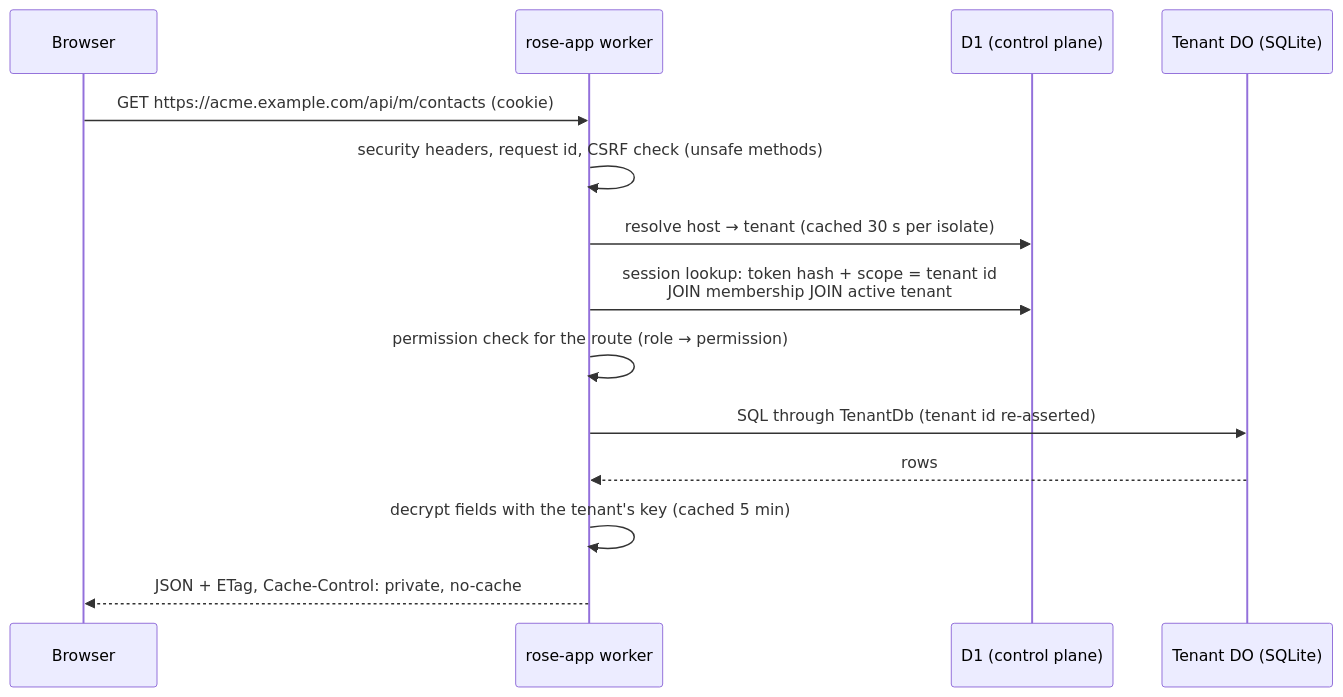
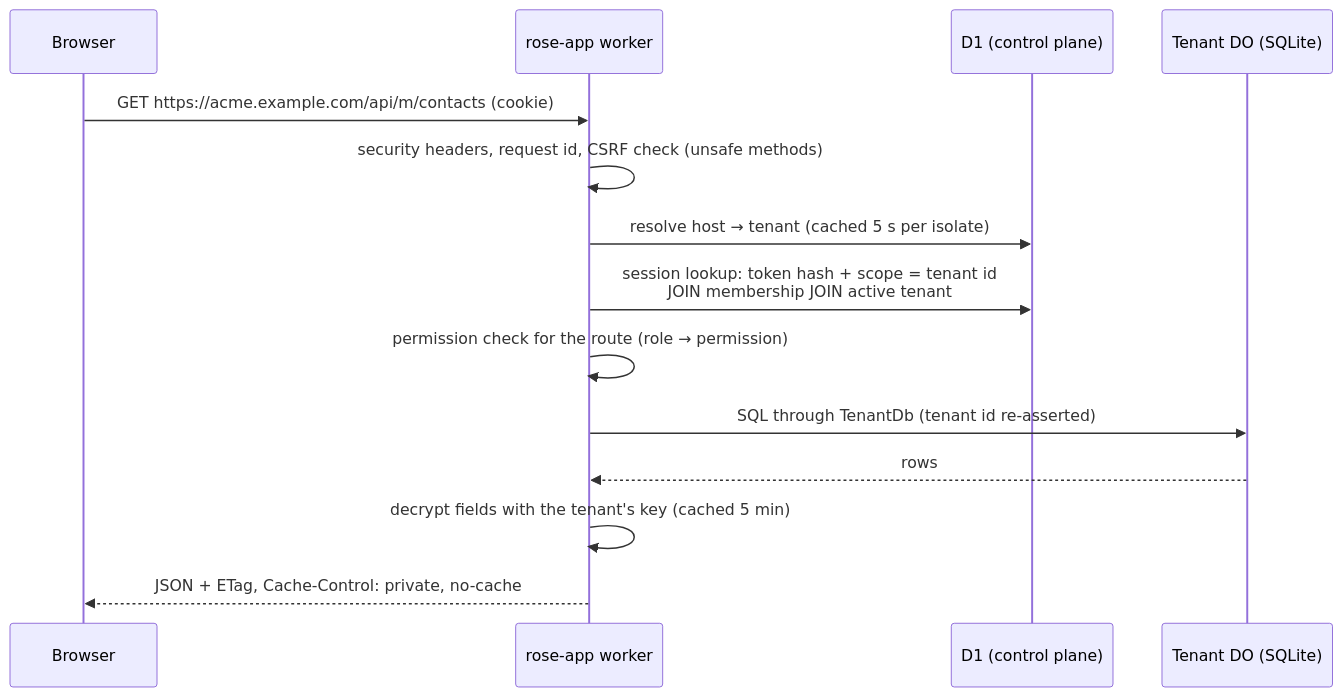
Before and after one commit to kalahroudi/rose: the second of 2 diagrams in docs/architecture.md, drawn with Mermaid. The commit also changed other lines of this file and 9 other files, not shown here.

````diff
--- a/docs/architecture.md
+++ b/docs/architecture.md
@@ -78,16 +78,16 @@
 ```mermaid
 sequenceDiagram
   participant B as Browser
   participant W as rose-app worker
   participant D as D1 (control plane)
   participant T as Tenant DO (SQLite)
   B->>W: GET https://acme.example.com/api/m/contacts (cookie)
   W->>W: security headers, request id, CSRF check (unsafe methods)
-  W->>D: resolve host → tenant (cached 30 s per isolate)
+  W->>D: resolve host → tenant (cached 5 s per isolate)
   W->>D: session lookup: token hash + scope = tenant id<br/>JOIN membership JOIN active tenant
   W->>W: permission check for the route (role → permission)
   W->>T: SQL through TenantDb (tenant id re-asserted)
   T-->>W: rows
   W->>W: decrypt fields with the tenant's key (cached 5 min)
   W-->>B: JSON + ETag, Cache-Control: private, no-cache
 ```
````
